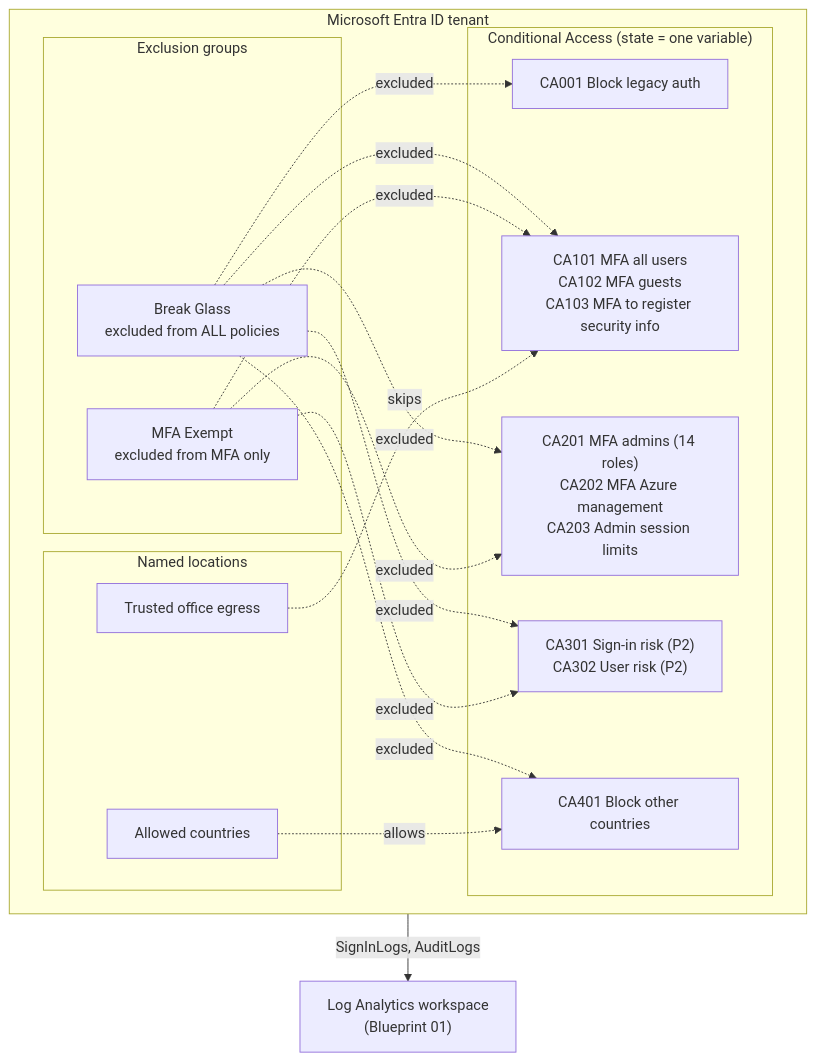
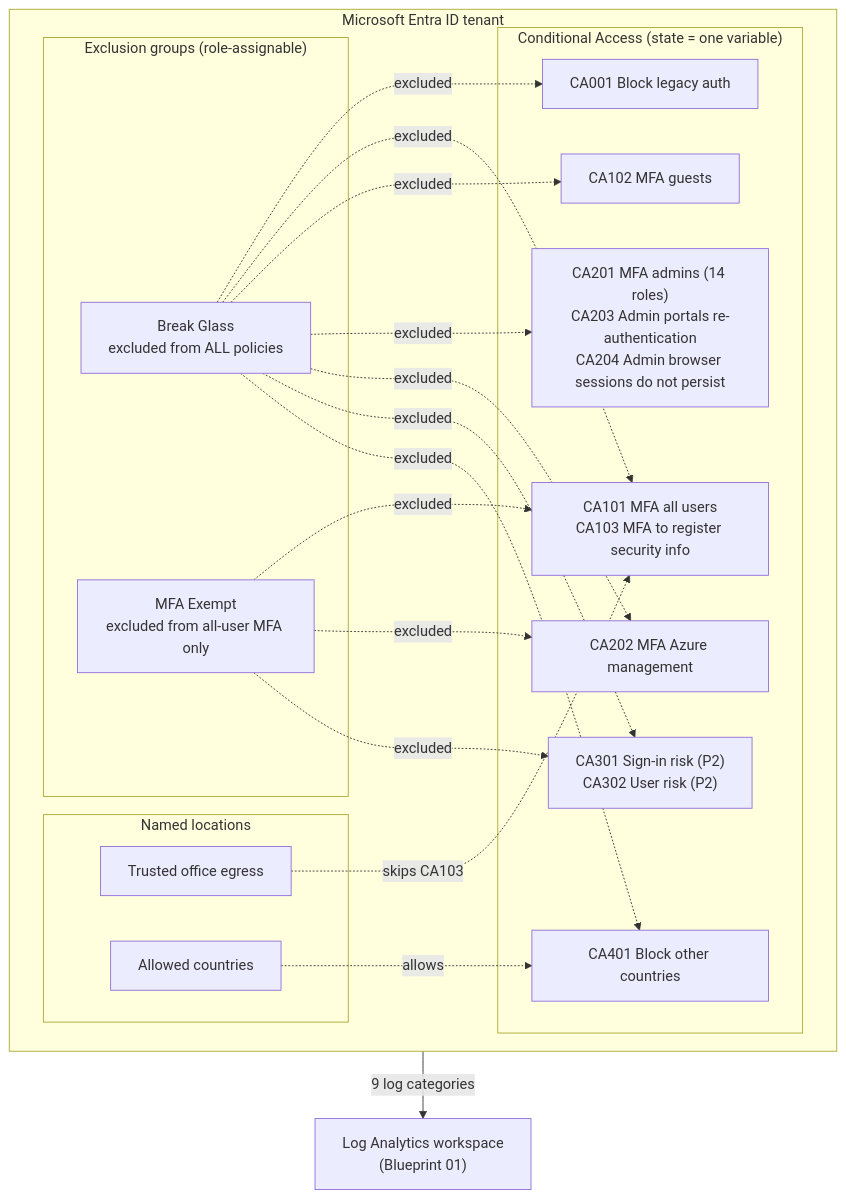
The diagram in blueprints/03-identity-baseline/README.md (IndigoWave-Tech/groundwork), drawn with Mermaid before and after one commit. The commit also changed other lines of this file and 7 other files, not shown here.

````diff
--- a/blueprints/03-identity-baseline/README.md
+++ b/blueprints/03-identity-baseline/README.md
@@ -43,31 +45,35 @@
 ```mermaid
 flowchart TB
     subgraph tenant["Microsoft Entra ID tenant"]
-        subgraph groups["Exclusion groups"]
+        subgraph groups["Exclusion groups (role-assignable)"]
             bg["Break Glass<br/>excluded from ALL policies"]
-            mfaex["MFA Exempt<br/>excluded from MFA only"]
+            mfaex["MFA Exempt<br/>excluded from all-user MFA only"]
         end
         subgraph loc["Named locations"]
             office["Trusted office egress"]
             countries["Allowed countries"]
         end
         subgraph ca["Conditional Access (state = one variable)"]
             ca0["CA001 Block legacy auth"]
-            ca1["CA101 MFA all users<br/>CA102 MFA guests<br/>CA103 MFA to register security info"]
-            ca2["CA201 MFA admins (14 roles)<br/>CA202 MFA Azure management<br/>CA203 Admin session limits"]
+            ca1["CA101 MFA all users<br/>CA103 MFA to register security info"]
+            ca1g["CA102 MFA guests"]
+            ca2["CA201 MFA admins (14 roles)<br/>CA203 Admin portals re-authentication<br/>CA204 Admin browser sessions do not persist"]
+            ca2z["CA202 MFA Azure management"]
             ca3["CA301 Sign-in risk (P2)<br/>CA302 User risk (P2)"]
             ca4["CA401 Block other countries"]
         end
     end
     bg -.->|excluded| ca0
     bg -.->|excluded| ca1
+    bg -.->|excluded| ca1g
     bg -.->|excluded| ca2
+    bg -.->|excluded| ca2z
     bg -.->|excluded| ca3
     bg -.->|excluded| ca4
     mfaex -.->|excluded| ca1
-    mfaex -.->|excluded| ca2
+    mfaex -.->|excluded| ca2z
     mfaex -.->|excluded| ca3
-    office -.->|skips| ca1
+    office -.->|skips CA103| ca1
     countries -.->|allows| ca4
-    tenant -->|SignInLogs, AuditLogs| law["Log Analytics workspace<br/>(Blueprint 01)"]
+    tenant -->|9 log categories| law["Log Analytics workspace<br/>(Blueprint 01)"]
 ```
````
